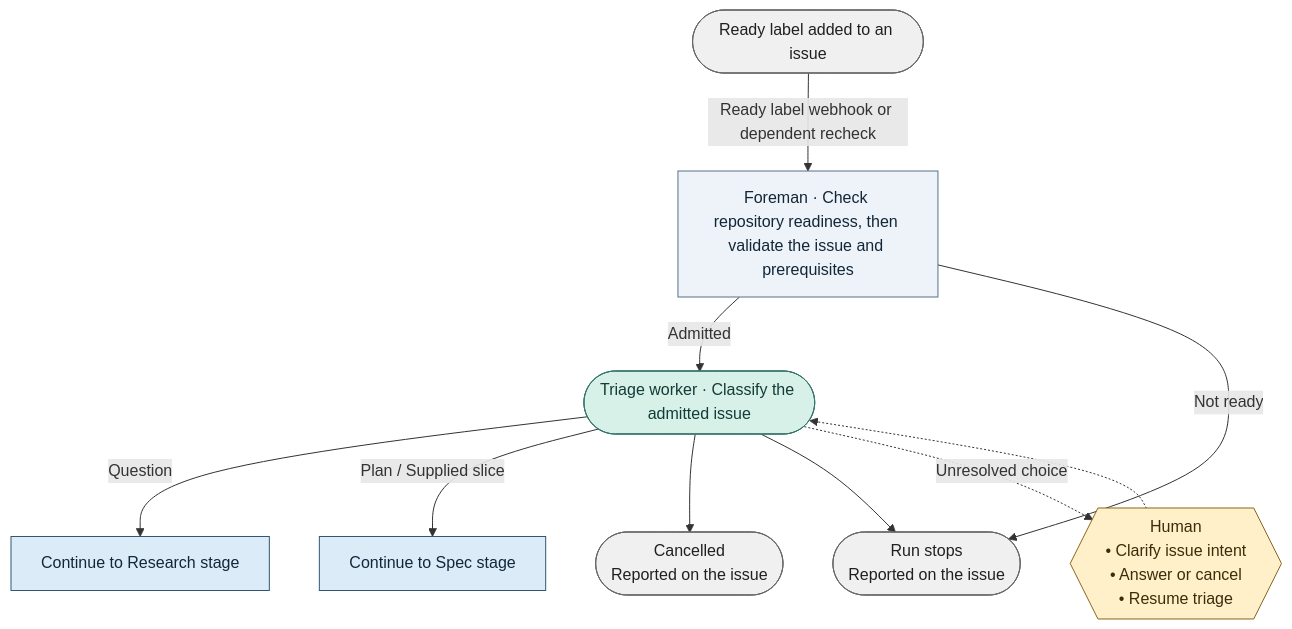
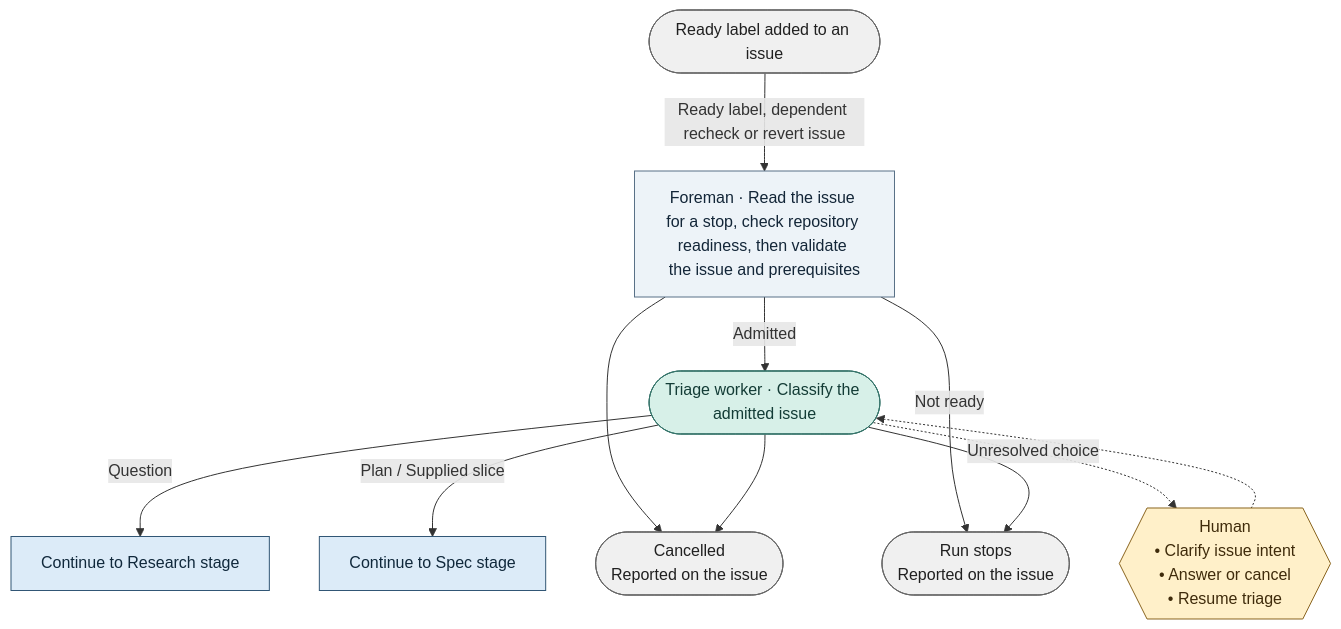
Before and after one commit to bookout-labs/tools: the diagram in docs/graph/blueprint/views/stages/triage.mmd, drawn with Mermaid. The commit also changed 34 other files, not shown here.

```diff
--- a/docs/graph/blueprint/views/stages/triage.mmd
+++ b/docs/graph/blueprint/views/stages/triage.mmd
@@ -1,23 +1,24 @@
 flowchart TD
     n0(["Ready label added to an issue"]):::terminal
-    n1["Foreman · Check repository readiness, then validate the issue and prerequisites"]:::step
+    n1["Foreman · Read the issue for a stop, check repository readiness, then validate the issue and prerequisites"]:::step
     n2(["Triage worker · Classify the admitted issue"]):::worker
     n3(["Run stops<br/>Reported on the issue"]):::terminal
-    n4["Continue to Research stage"]:::stage
-    n5["Continue to Spec stage"]:::stage
-    n6(["Cancelled<br/>Reported on the issue"]):::terminal
+    n4(["Cancelled<br/>Reported on the issue"]):::terminal
+    n5["Continue to Research stage"]:::stage
+    n6["Continue to Spec stage"]:::stage
     n7{{"Human<br/>• Clarify issue intent<br/>• Answer or cancel<br/>• Resume triage"}}:::gate
-    n0 -->|"Ready label webhook or dependent recheck"| n1
+    n0 -->|"Ready label, dependent recheck or revert issue"| n1
     n1 -->|"Admitted"| n2
     n1 -->|"Not ready"| n3
-    n2 -->|"Question"| n4
-    n2 -->|"Plan / Supplied slice"| n5
-    n2 --> n6
+    n1 --> n4
+    n2 -->|"Question"| n5
+    n2 -->|"Plan / Supplied slice"| n6
+    n2 --> n4
     n2 --> n3
     n2 -.->|"Unresolved choice"| n7
     n7 -.-> n2
     classDef stage fill:#dcebf8,stroke:#315675,color:#10283b
     classDef step fill:#edf3f8,stroke:#597187,color:#132638
     classDef worker fill:#d7f0e8,stroke:#357369,color:#133c36
     classDef gate fill:#fff0c9,stroke:#89641f,color:#3f2b0b
     classDef terminal fill:#f0f0f0,stroke:#666666,color:#202020
```
